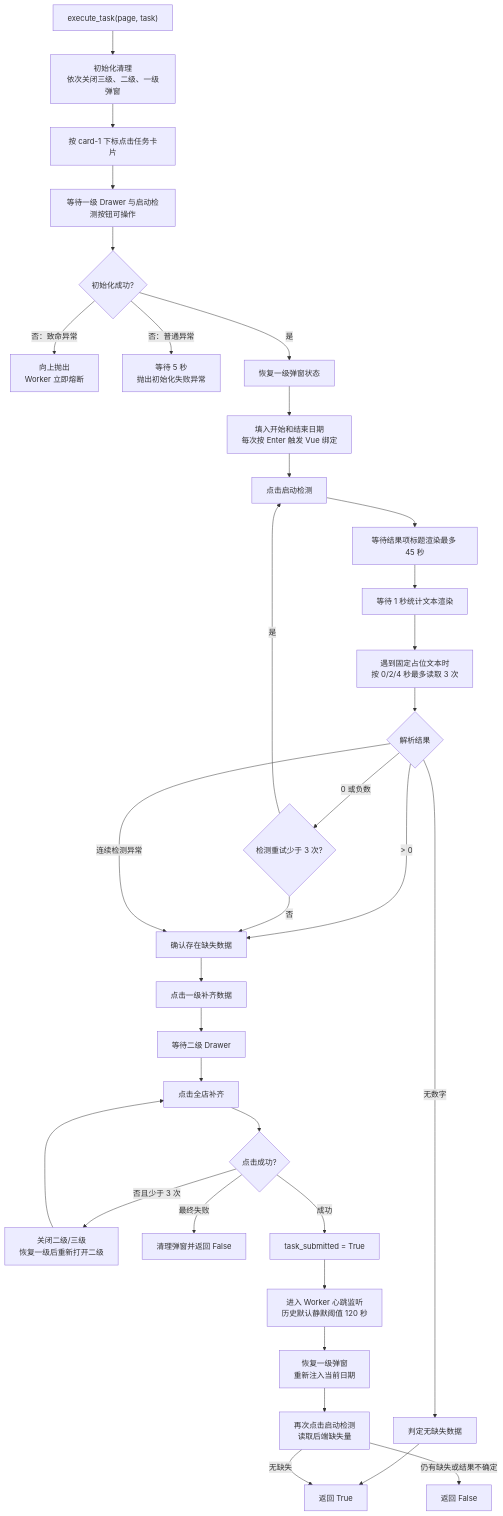
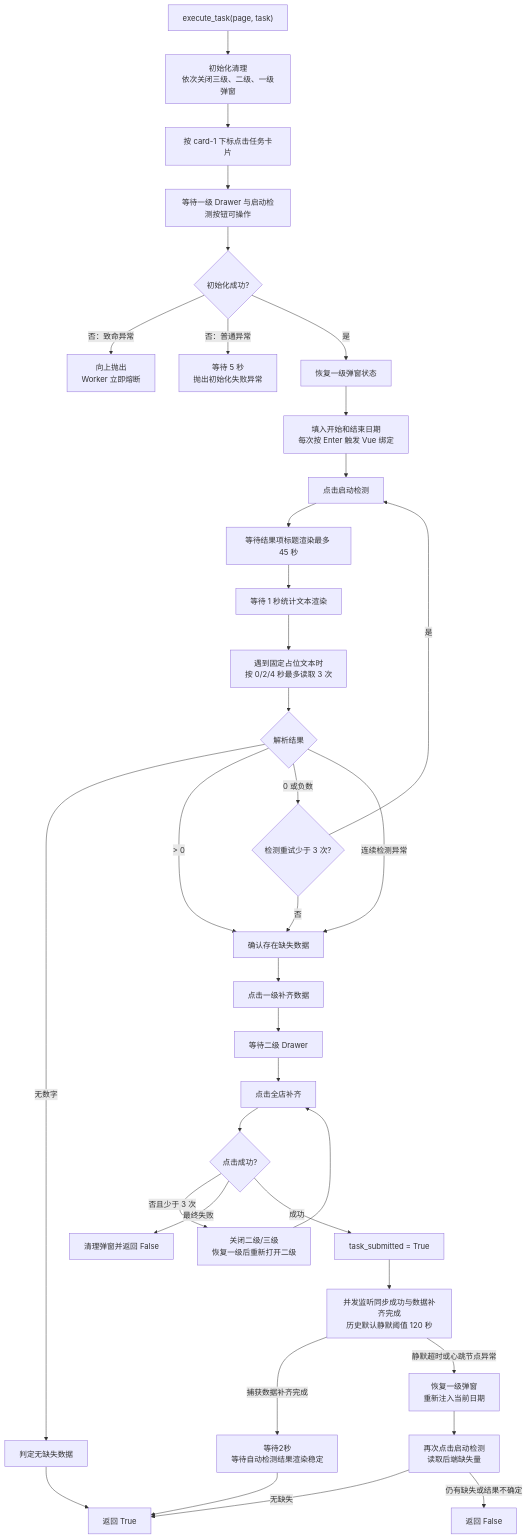
Before and after one commit to liao084/BitBrowser-Backfill-Engine: the eighth of 15 diagrams in ARCHITECTURE.md, drawn with Mermaid. The commit also changed other lines of this file and 2 other files, not shown here.

````diff
--- a/ARCHITECTURE.md
+++ b/ARCHITECTURE.md
@@ -292,36 +292,38 @@
 ```mermaid
 flowchart TD
     Start["execute_task(page, task)"] --> Init["初始化清理<br/>依次关闭三级、二级、一级弹窗"]
     Init --> OpenCard["按 card-1 下标点击任务卡片"]
     OpenCard --> Primary["等待一级 Drawer 与启动检测按钮可操作"]
     Primary --> InitOK{"初始化成功?"}
     InitOK -->|"否：致命异常"| Fatal["向上抛出<br/>Worker 立即熔断"]
     InitOK -->|"否：普通异常"| InitError["等待 5 秒<br/>抛出初始化失败异常"]
     InitOK -->|"是"| Restore["恢复一级弹窗状态"]
     Restore --> Dates["填入开始和结束日期<br/>每次按 Enter 触发 Vue 绑定"]
     Dates --> Detect["点击启动检测"]
     Detect --> Result["等待结果项标题渲染最多 45 秒"]
     Result --> Buffer["等待 1 秒统计文本渲染"]
     Buffer --> Read["遇到固定占位文本时<br/>按 0/2/4 秒最多读取 3 次"]
     Read --> Missing{"解析结果"}
     Missing -->|"无数字"| NoMissing["判定无缺失数据"]
     Missing -->|"> 0"| NeedFill["确认存在缺失数据"]
     Missing -->|"0 或负数"| RetryDetect{"检测重试少于 3 次?"}
     RetryDetect -->|"是"| Detect
     RetryDetect -->|"否"| NeedFill
     Missing -->|"连续检测异常"| NeedFill
     NoMissing --> Success["返回 True"]
     NeedFill --> Backfill["点击一级补齐数据"]
     Backfill --> Secondary["等待二级 Drawer"]
     Secondary --> Whole["点击全店补齐"]
     Whole --> ClickOK{"点击成功?"}
     ClickOK -->|"否且少于 3 次"| Recover["关闭二级/三级<br/>恢复一级后重新打开二级"]
     Recover --> Whole
     ClickOK -->|"最终失败"| SubmitFail["清理弹窗并返回 False"]
     ClickOK -->|"成功"| Submitted["task_submitted = True"]
-    Submitted --> Heartbeat["进入 Worker 心跳监听<br/>历史默认静默阈值 120 秒"]
-    Heartbeat --> FinalRestore["恢复一级弹窗<br/>重新注入当前日期"]
+    Submitted --> Heartbeat["并发监听同步成功与数据补齐完成<br/>历史默认静默阈值 120 秒"]
+    Heartbeat -->|"捕获数据补齐完成"| AutoDetect["等待2秒<br/>等待自动检测结果渲染稳定"]
+    AutoDetect --> Success
+    Heartbeat -->|"静默超时或心跳节点异常"| FinalRestore["恢复一级弹窗<br/>重新注入当前日期"]
     FinalRestore --> FinalDetect["再次点击启动检测<br/>读取后端缺失量"]
     FinalDetect -->|"无缺失"| Success
     FinalDetect -->|"仍有缺失或结果不确定"| Failed["返回 False"]
 ```
````
